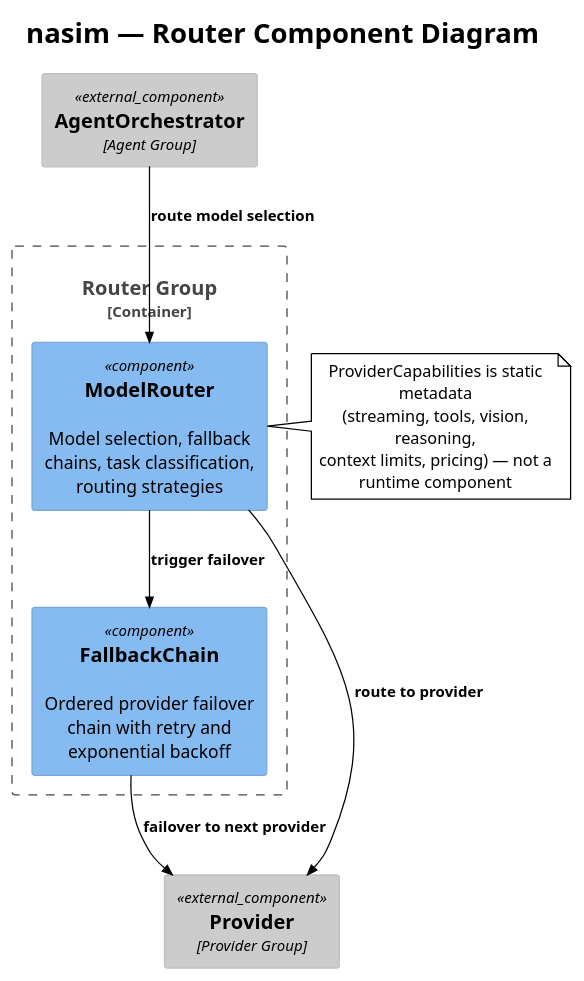
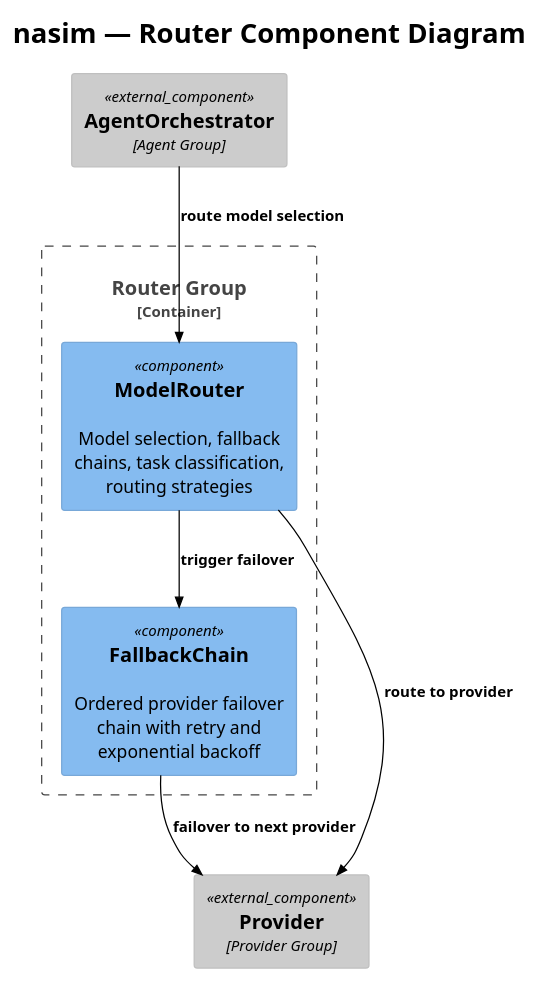
Before and after one commit to salimnamvar/nasim: the diagram in docs/C4/c4_nasim_component_router.puml, drawn with PlantUML. The commit also changed 1 other file, not shown here.

Commit message:
docs: Remove unnecessary notes from context graph and router component diagrams

```diff
--- a/docs/C4/c4_nasim_component_router.puml
+++ b/docs/C4/c4_nasim_component_router.puml
@@ -1,36 +1,30 @@
 @startuml c4_nasim_component_router
 !include https://raw.githubusercontent.com/plantuml-stdlib/C4-PlantUML/v2.10.0/C4_Component.puml
 !theme plain
 
 ' ============================================================
 ' Title:     nasim — Router Component Diagram
 ' Boundary:  nasim core library — Router group
 ' Purpose:   Model selection, fallback chains, capability queries
 ' Milestone: v1.0
 ' Version:   6.0.0
 ' Source:    docs/prompt/p1.md — corrective architecture review
 ' Review:    —
 ' ============================================================
 
 title nasim — Router Component Diagram
 
 Container_Boundary(router_boundary, "Router Group") {
     Component(model_router, "ModelRouter", "", "Model selection, fallback chains, task classification, routing strategies")
     Component(fallback_chain, "FallbackChain", "", "Ordered provider failover chain with retry and exponential backoff")
 }
 
-note right of model_router
-  ProviderCapabilities is static metadata
-  (streaming, tools, vision, reasoning,
-  context limits, pricing) — not a runtime component
-end note
-
 Component_Ext(agent_orch, "AgentOrchestrator", "Agent Group")
 Component_Ext(provider, "Provider", "Provider Group")
 
 Rel(agent_orch, model_router, "route model selection")
 Rel(model_router, provider, "route to provider")
 Rel(model_router, fallback_chain, "trigger failover")
 Rel(fallback_chain, provider, "failover to next provider")
 
 @enduml
```
